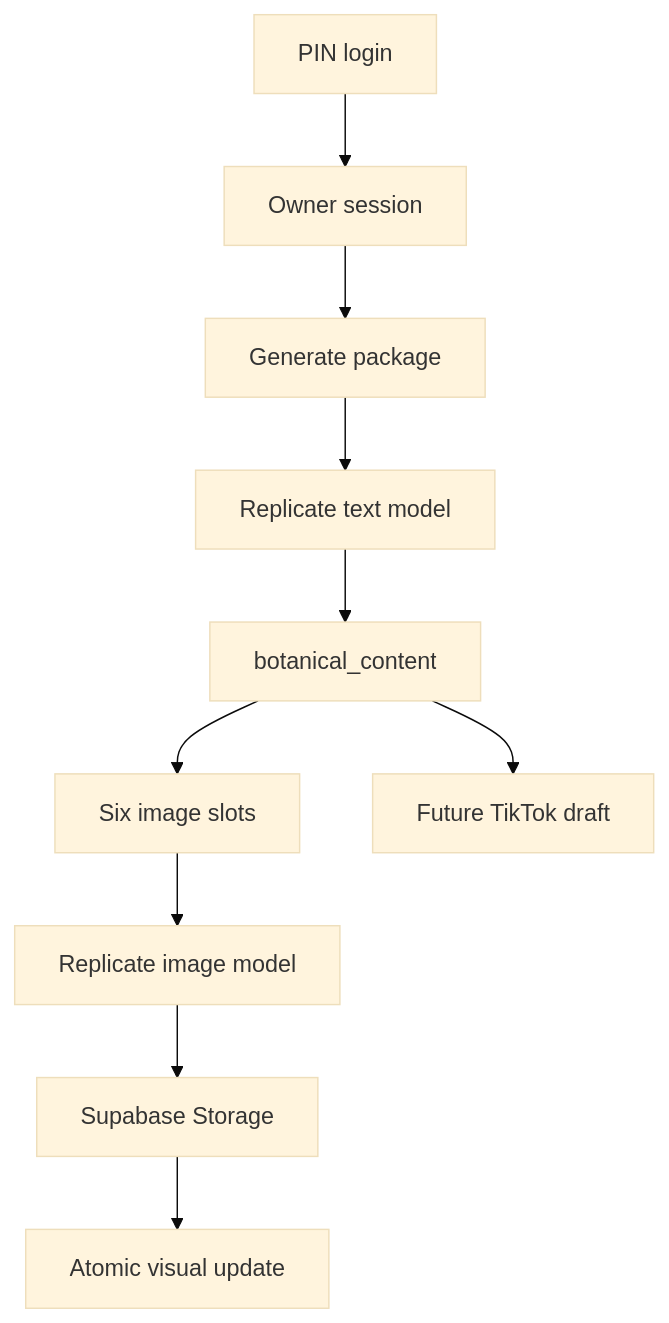
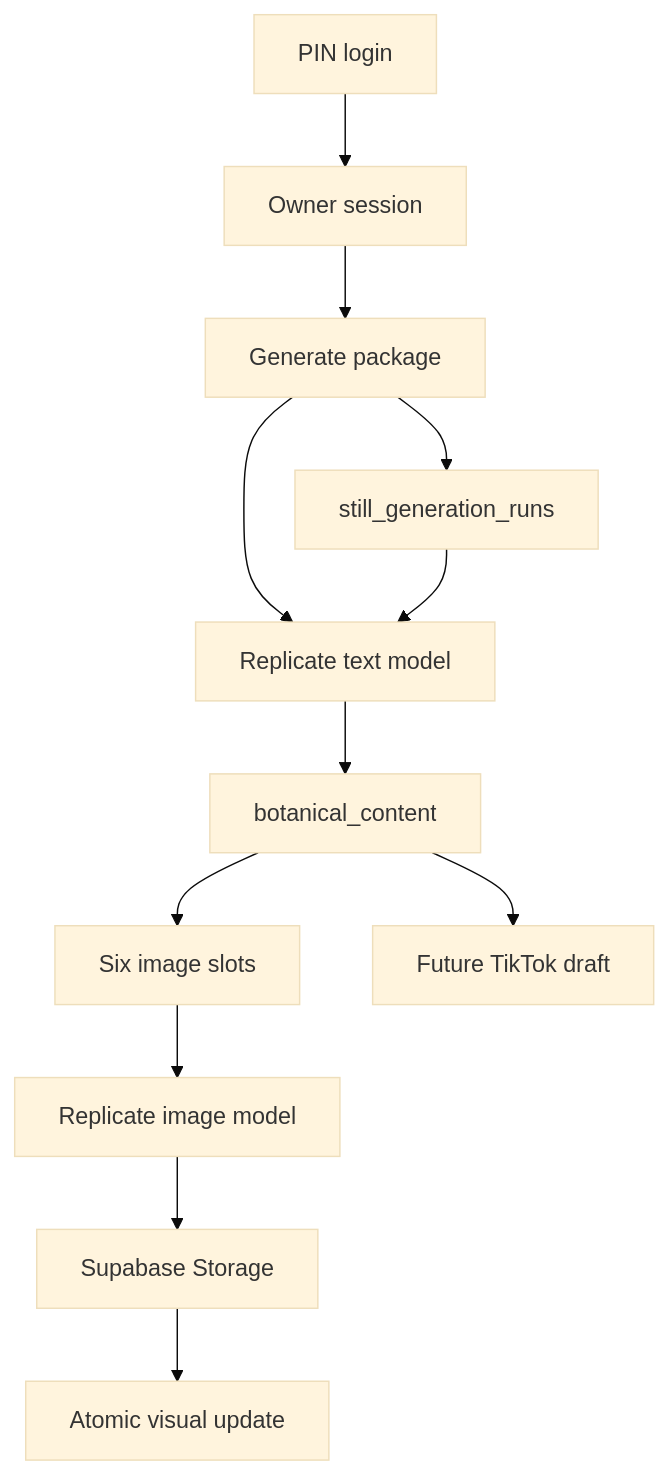
Before and after one commit to abrepartners/foundation-canvas-arts: the first of 2 diagrams in docs/GENERATOR_SCHEMA_MAP.md, drawn with Mermaid (base theme). The commit also changed other lines of this file and 8 other files, not shown here.

Commit message:
Add still generation spending safeguards

````diff
--- a/docs/GENERATOR_SCHEMA_MAP.md
+++ b/docs/GENERATOR_SCHEMA_MAP.md
@@ -7,12 +7,14 @@
 ```mermaid
 flowchart TD
   A[PIN login] --> B[Owner session]
   B --> C[Generate package]
   C --> D[Replicate text model]
+  C --> K[still_generation_runs]
+  K --> D
   D --> E[botanical_content]
   E --> F[Six image slots]
   F --> G[Replicate image model]
   G --> H[Supabase Storage]
   H --> I[Atomic visual update]
   E --> J[Future TikTok draft]
 ```
````
